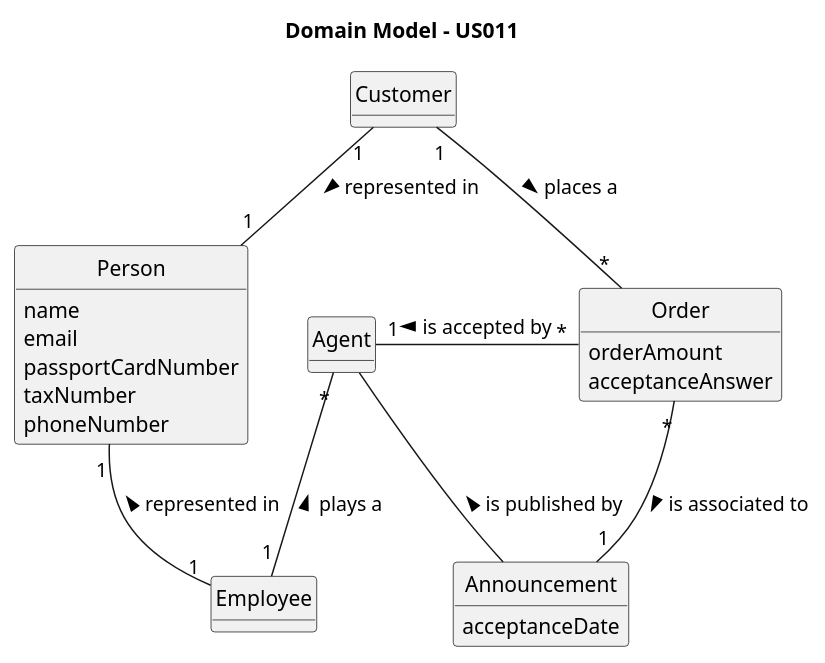
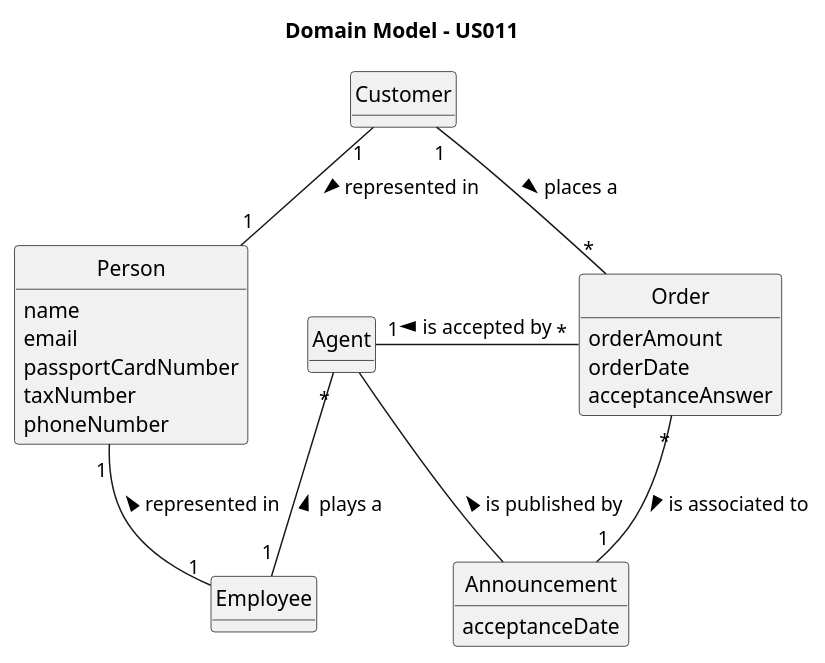
The diagram in docs/sprintC/us011/02.analysis/puml/us011-domain-model.puml (rita-barbosa/LAPR2-2223), drawn with PlantUML before and after one commit. The commit also changed 4 other files, not shown here.

```diff
--- a/docs/sprintC/us011/02.analysis/puml/us011-domain-model.puml
+++ b/docs/sprintC/us011/02.analysis/puml/us011-domain-model.puml
@@ -1,54 +1,55 @@
 @startuml
 skinparam monochrome true
 skinparam packageStyle rectangle
 skinparam shadowing false
 
 'left to right direction
 
 skinparam classAttributeIconSize 0
 
 hide circle
 hide methods
 
 title Domain Model - US011
 
 class Order {
 orderAmount
+orderDate
 acceptanceAnswer
 }
 
 class Agent {
 
 }
 
 class Customer {
 
 }
 
 class Employee {
 
 }
 class Announcement{
 acceptanceDate
 }
 class Person{
 name
 email
 passportCardNumber
 taxNumber
 phoneNumber
 }
 
 
 
 Person "1" --  "1" Employee: represented in <
 Customer "1"  -- "1" Person: represented in >
 Agent -- Announcement : is published by <
 Agent "*" - "1" Employee : plays a <
 Agent "1" - "*" Order : is accepted by <
 Order "*" - "1" Announcement : is associated to >
 Customer "1" -- "*" Order : places a >
 
 
 
 @enduml
```
